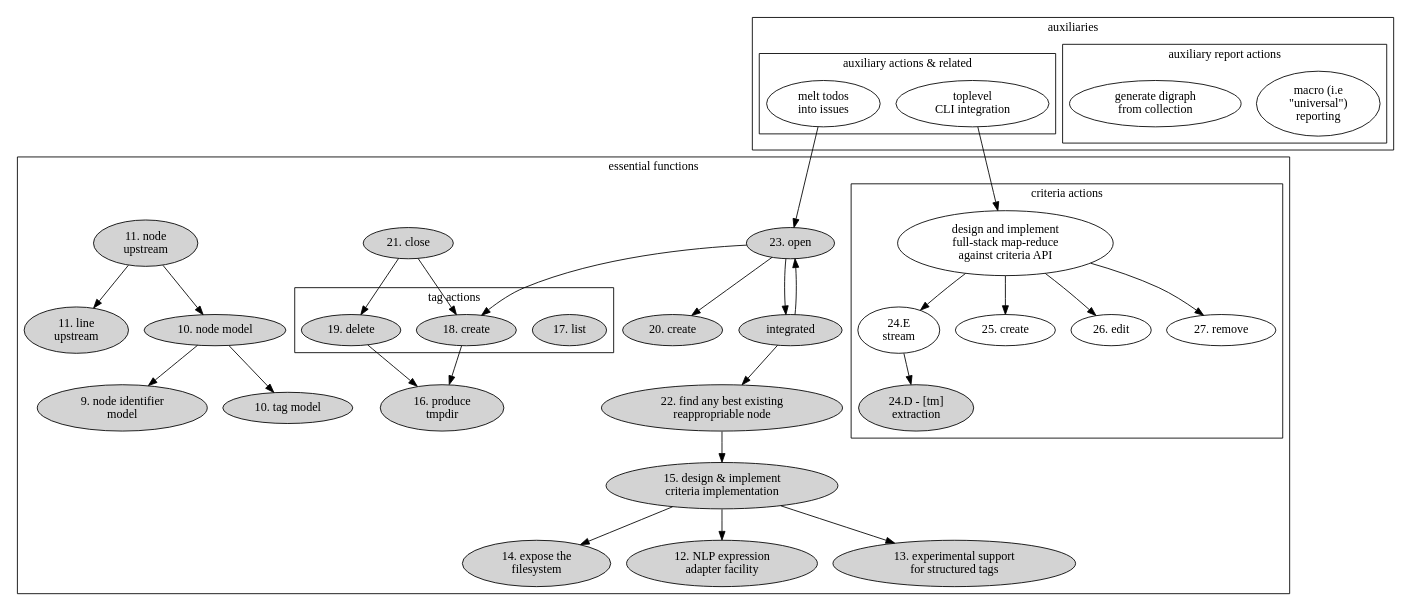
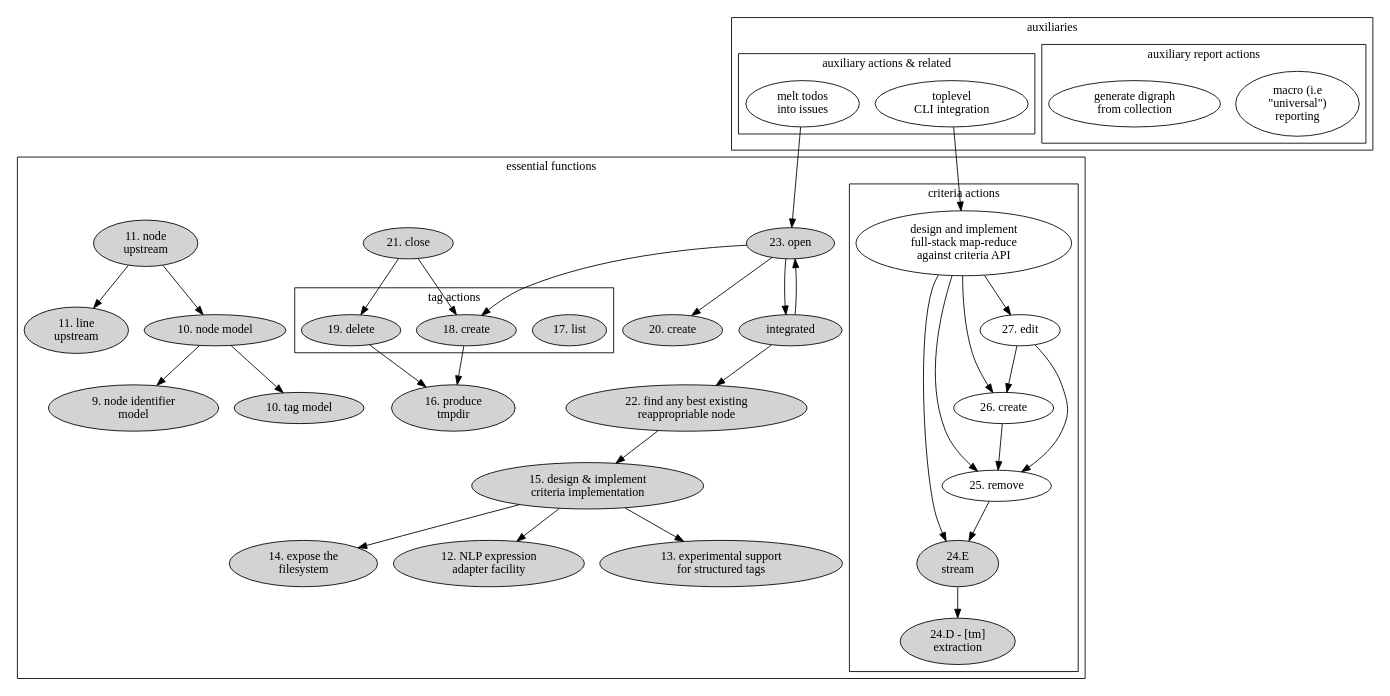
The diagram in lib/skylab/snag/doc/issues/038/component-digraph.dot (hipe/tmx), drawn with Graphviz before and after one commit. The commit also changed 9 other files, not shown here.

```diff
--- a/lib/skylab/snag/doc/issues/038/component-digraph.dot
+++ b/lib/skylab/snag/doc/issues/038/component-digraph.dot
@@ -1,100 +1,104 @@
 digraph {
 
 subgraph cluster_main {
 
   label="essential functions"
 
   subgraph cluster_tag_actions {
     label="tag actions"
     tl [label="17. list" style=filled]
     ta [label="18. create" style=filled]
     tr [label="19. delete" style=filled]
   }
 
   mr [label="design and implement\nfull-stack map-reduce\nagainst criteria API"]
 
   subgraph cluster_criteria_actions {
 
     label="criteria actions"
 
     mr_abs [label="24.D - [tm]\nextraction" style=filled]
 
-    mr_s [label="24.E\nstream"]
+    mr_s [label="24.E\nstream" style=filled]
     mr_s->mr_abs
     mr->mr_s
 
-    mr_c [label="25. create"]
+    mr_r [label="25. remove"]
+    mr->mr_r
+    mr_r->mr_s
+
+    mr_c [label="26. create"]
     mr->mr_c
+    mr_c->mr_r
 
-    mr_e [label="26. edit"]
+    mr_e [label="27. edit"]
     mr->mr_e
-
-    mr_r [label="27. remove"]
-    mr->mr_r
+    mr_e->mr_r
+    mr_e->mr_c
   }
 
   aa [label="23. open" style=filled]
   ca [label="21. close" style=filled]
   de [label="15. design & implement\ncriteria implementation" style=filled]
   FS [label="14. expose the\nfilesystem" style=filled]
   line_upstream [label="11. line\nupstream" style=filled]
   NLP_experiment [label="12. NLP expression\nadapter facility" style=filled]
   node_identifier_model [label="9. node identifier\nmodel" style=filled]
   node_model [label="10. node model" style=filled]
   node_upstream [label="11. node\nupstream" style=filled]
   oaa [label="20. create" style=filled]
   rea [label="integrated" style=filled]
   rea_actor [label="22. find any best existing\nreappropriable node", style=filled]
   stru [label="13. experimental support\nfor structured tags" style=filled]
   tag_model [label="10. tag model" style=filled]
   tmpdir [label="16. produce\ntmpdir" style=filled]
 
   aa->rea
   aa->ta
 
   ca->tr
   ca->ta
 
   rea->aa
   aa->oaa
   rea->rea_actor
 
   rea_actor->de
   de->NLP_experiment
   de->FS
   de->stru
 
   node_upstream -> line_upstream
   node_upstream -> node_model
 
   node_model -> node_identifier_model
   node_model -> tag_model
 
   tr->tmpdir
   ta->tmpdir
 
 }
 subgraph cluster_after {
 
   label="auxiliaries"
 
   subgraph cluster_reports {
 
     label="auxiliary report actions"
     macro_rep [label="macro (i.e\n\"universal\")\nreporting"]
     digrah_ [label="generate digraph\nfrom collection"]
 
   }
 
   subgraph cluster_functions {
 
     label="auxiliary actions & related"
     melt [label="melt todos\ninto issues"]
     top_cli [label="toplevel\nCLI integration"]
     top_cli->mr
 
   }
 }
 
 melt->aa
 }
```
